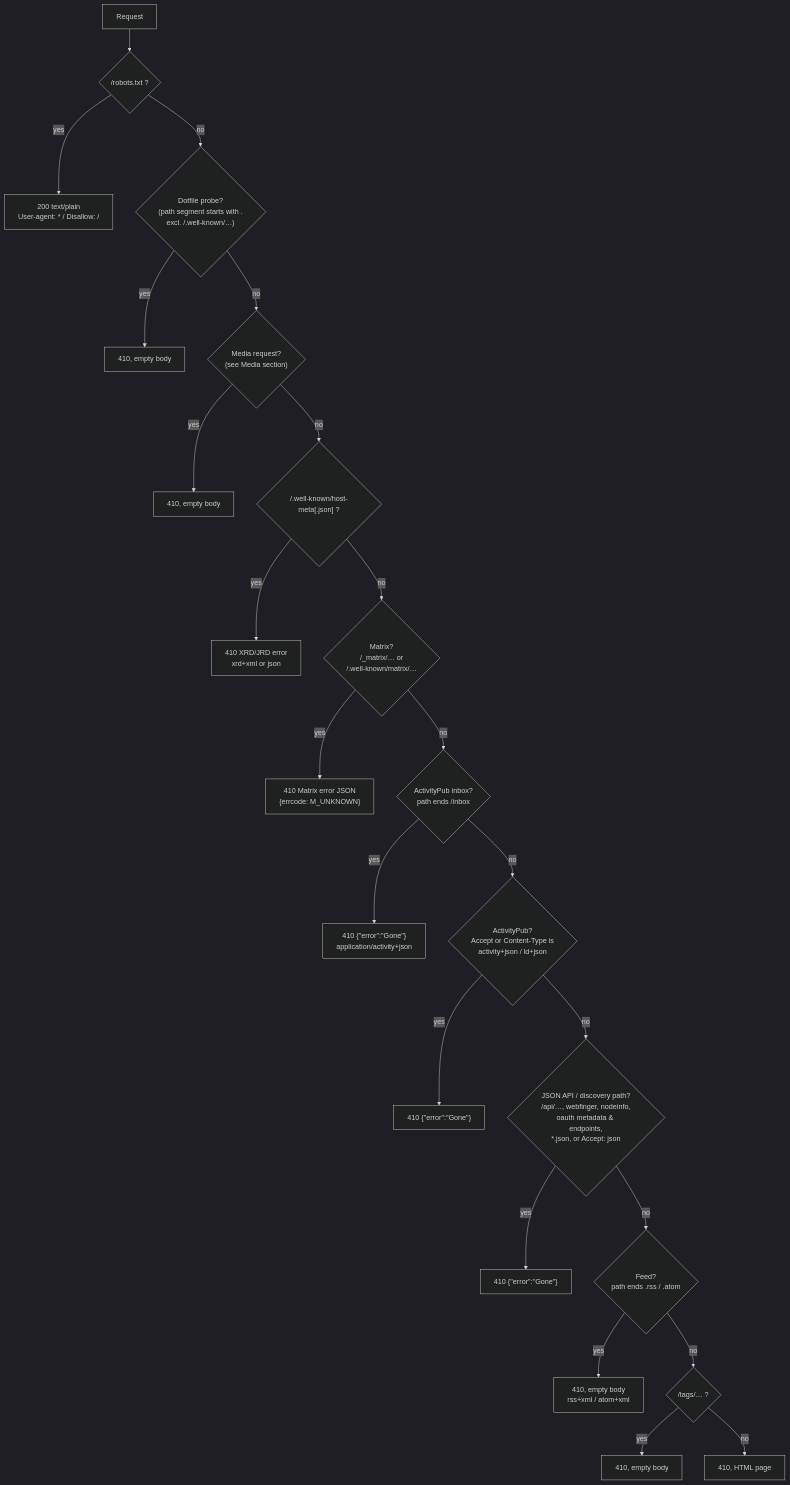
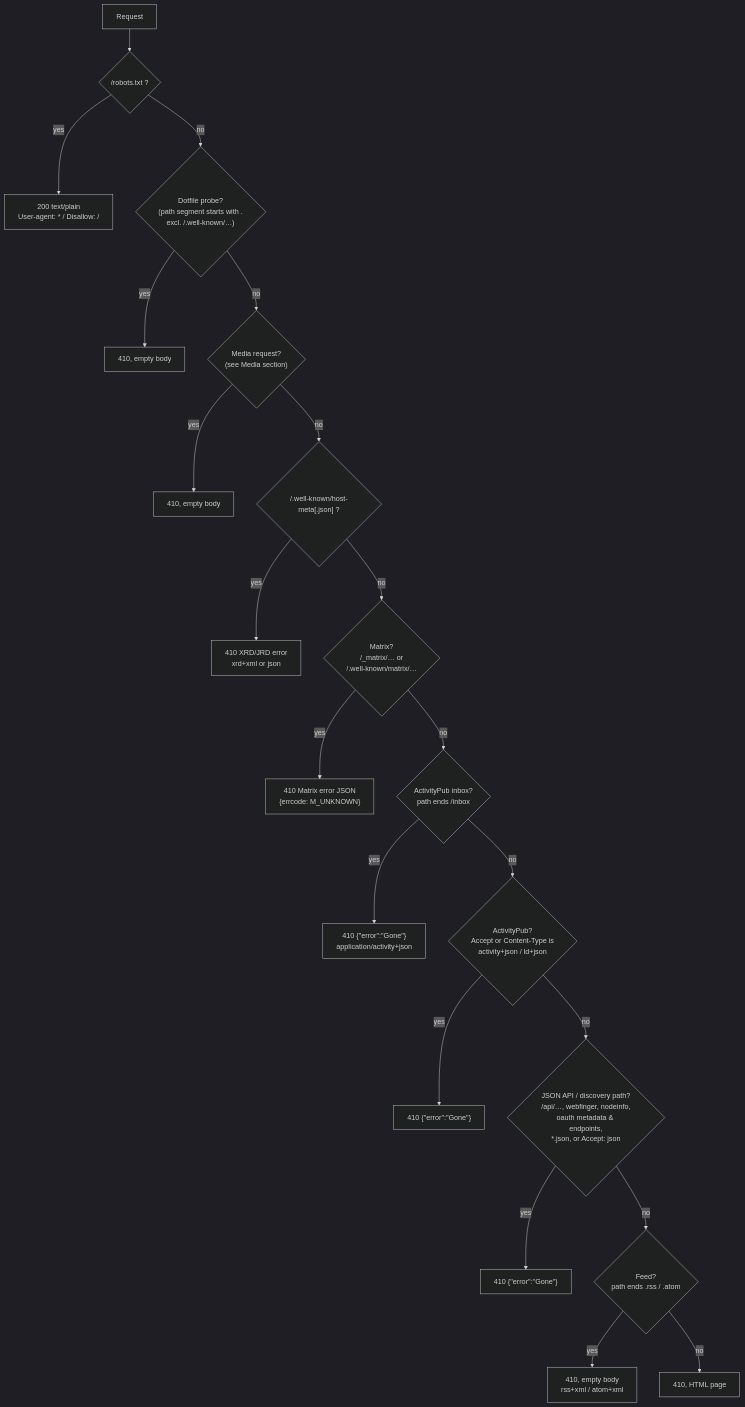
Before and after one commit to vmstio/gone: the diagram in README.md, drawn with Mermaid (dark theme). The commit also changed other lines of this file and 1 other file, not shown here.

Commit message:
Simplify handleGone: shared writeGone helper, drop /tags/ special-case
Several branches converged on identical {"error":"Gone"} bodies once
the Tombstone response was dropped, so extract a writeGone(w,
contentType, body) helper and shared body constants, and merge cases
that now produce identical output (dotfile probe/media, inbox/AP).
Also drop the empty-body /tags/ case entirely and let it fall through
to the HTML default; the page is small enough that special-casing it
isn't worth the complexity.

````diff
--- a/README.md
+++ b/README.md
@@ -43,24 +43,22 @@
 ```mermaid
 flowchart TD
     A["Request"] --> B{"/robots.txt ?"}
     B -- yes --> B1["200 text/plain\nUser-agent: * / Disallow: /"]
     B -- no --> C{"Dotfile probe?\n(path segment starts with .\nexcl. /.well-known/…)"}
     C -- yes --> C1["410, empty body"]
     C -- no --> D{"Media request?\n(see Media section)"}
     D -- yes --> D1["410, empty body"]
     D -- no --> E{"/.well-known/host-meta[.json] ?"}
     E -- yes --> E1["410 XRD/JRD error\nxrd+xml or json"]
     E -- no --> F{"Matrix?\n/_matrix/… or\n/.well-known/matrix/…"}
     F -- yes --> F1["410 Matrix error JSON\n{errcode: M_UNKNOWN}"]
     F -- no --> G{"ActivityPub inbox?\npath ends /inbox"}
     G -- yes --> G1["410 {#quot;error#quot;:#quot;Gone#quot;}\napplication/activity+json"]
     G -- no --> H{"ActivityPub?\nAccept or Content-Type is\nactivity+json / ld+json"}
     H -- yes --> H1["410 {#quot;error#quot;:#quot;Gone#quot;}"]
     H -- no --> I{"JSON API / discovery path?\n/api/…, webfinger, nodeinfo,\noauth metadata & endpoints,\n*.json, or Accept: json"}
     I -- yes --> I1["410 {#quot;error#quot;:#quot;Gone#quot;}"]
     I -- no --> J{"Feed?\npath ends .rss / .atom"}
     J -- yes --> J1["410, empty body\nrss+xml / atom+xml"]
-    J -- no --> K{"/tags/… ?"}
-    K -- yes --> K1["410, empty body"]
-    K -- no --> L["410, HTML page"]
+    J -- no --> L["410, HTML page"]
 ```
````
